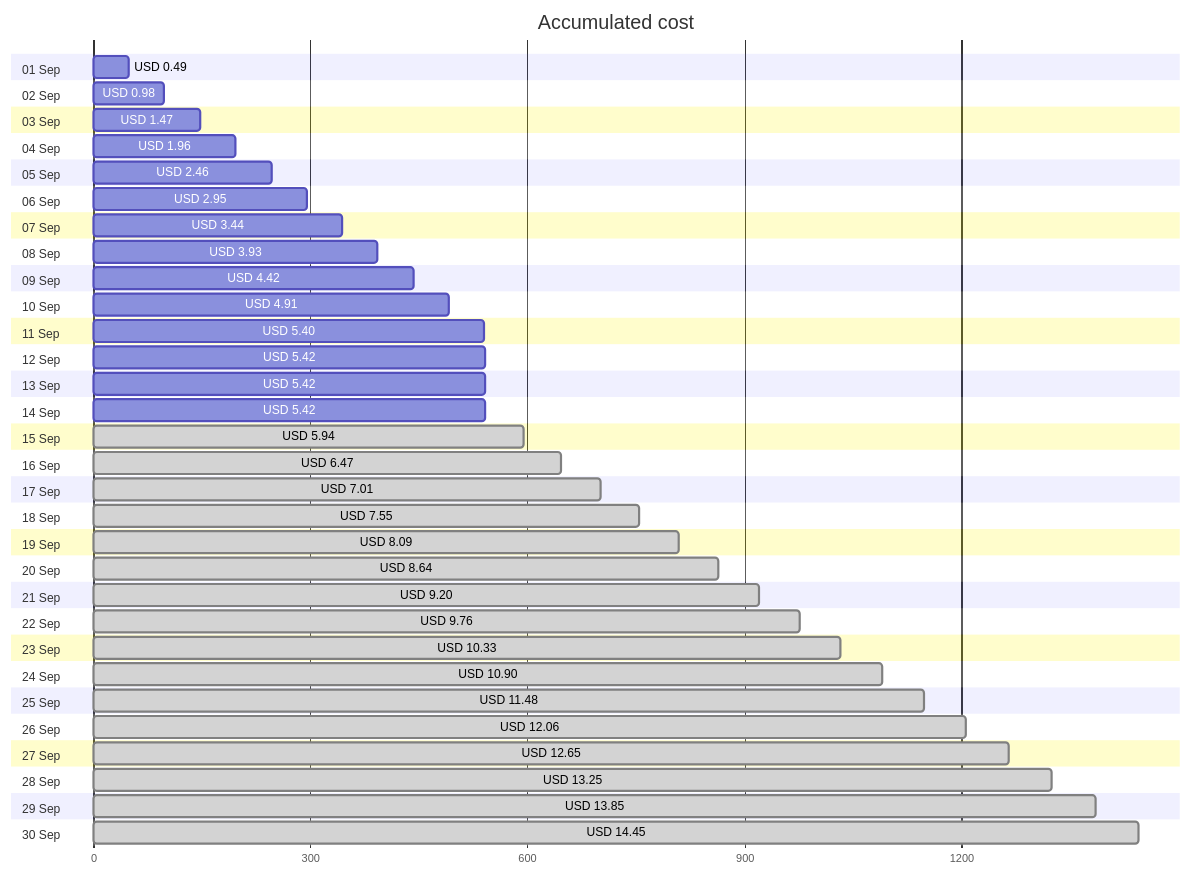
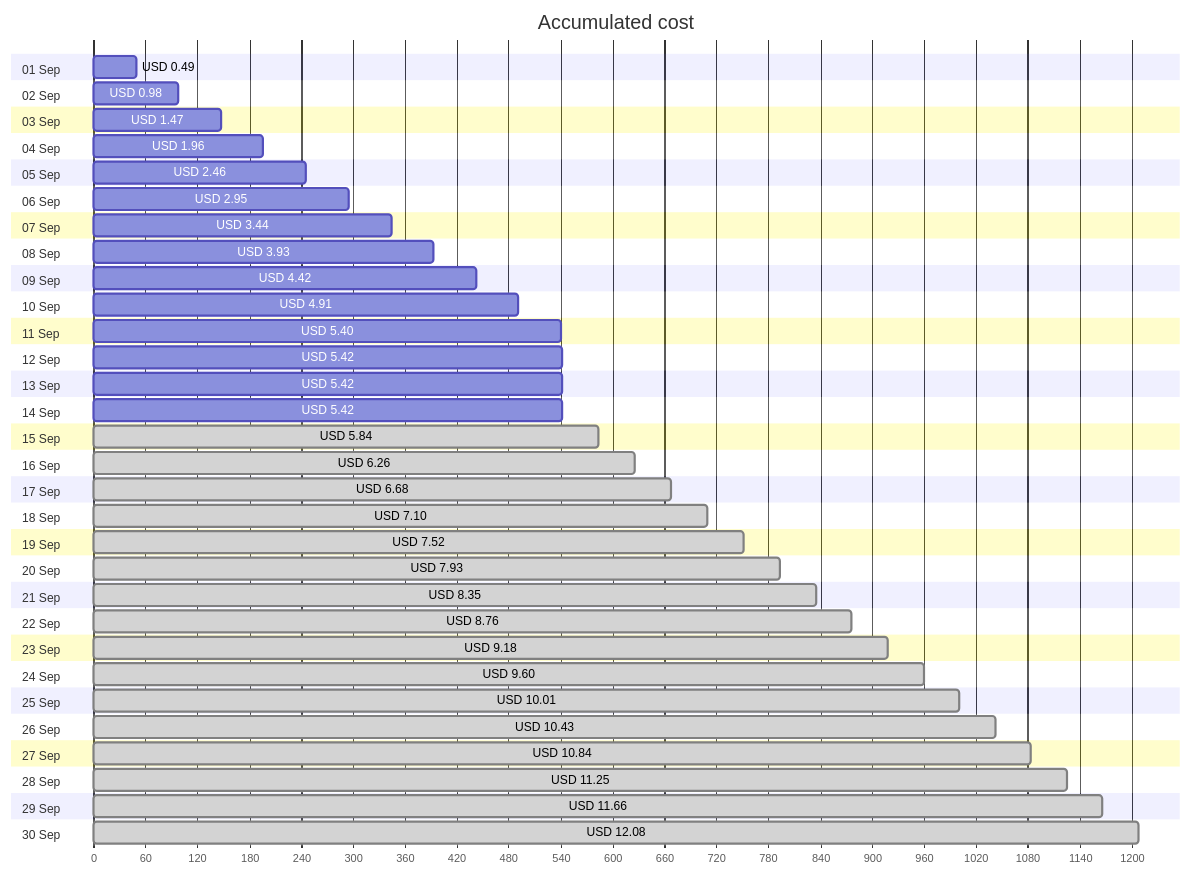
One commit to jpfulton/azure-personal-reports changed the first of 4 diagrams in cost-reports/personal-site/personalsiteapipreview.md. Above: the diagram before and after it, drawn with Mermaid. The commit also changed other lines of this file and 37 other files, not shown here.

````diff
--- a/cost-reports/personal-site/personalsiteapipreview.md
+++ b/cost-reports/personal-site/personalsiteapipreview.md
@@ -20,66 +20,66 @@
 ```mermaid
 gantt
    title Accumulated cost
    dateFormat  X
    axisFormat %s
    section 01 Sep
    USD 0.49 :0, 49
    section 02 Sep
    USD 0.98 :0, 98
    section 03 Sep
    USD 1.47 :0, 147
    section 04 Sep
    USD 1.96 :0, 196
    section 05 Sep
    USD 2.46 :0, 246
    section 06 Sep
    USD 2.95 :0, 295
    section 07 Sep
    USD 3.44 :0, 344
    section 08 Sep
    USD 3.93 :0, 393
    section 09 Sep
    USD 4.42 :0, 442
    section 10 Sep
    USD 4.91 :0, 491
    section 11 Sep
    USD 5.40 :0, 540
    section 12 Sep
    USD 5.42 :0, 542
    section 13 Sep
    USD 5.42 :0, 542
    section 14 Sep
    USD 5.42 :0, 542
    section 15 Sep
-   USD 5.94 : done, 0, 594
+   USD 5.84 : done, 0, 584
    section 16 Sep
-   USD 6.47 : done, 0, 647
+   USD 6.26 : done, 0, 626
    section 17 Sep
-   USD 7.01 : done, 0, 701
+   USD 6.68 : done, 0, 668
    section 18 Sep
-   USD 7.55 : done, 0, 755
+   USD 7.10 : done, 0, 710
    section 19 Sep
-   USD 8.09 : done, 0, 809
+   USD 7.52 : done, 0, 752
    section 20 Sep
-   USD 8.64 : done, 0, 864
+   USD 7.93 : done, 0, 793
    section 21 Sep
-   USD 9.20 : done, 0, 920
+   USD 8.35 : done, 0, 835
    section 22 Sep
-   USD 9.76 : done, 0, 976
+   USD 8.76 : done, 0, 876
    section 23 Sep
-   USD 10.33 : done, 0, 1033
+   USD 9.18 : done, 0, 918
    section 24 Sep
-   USD 10.90 : done, 0, 1090
+   USD 9.60 : done, 0, 960
    section 25 Sep
-   USD 11.48 : done, 0, 1148
+   USD 10.01 : done, 0, 1001
    section 26 Sep
-   USD 12.06 : done, 0, 1206
+   USD 10.43 : done, 0, 1043
    section 27 Sep
-   USD 12.65 : done, 0, 1265
+   USD 10.84 : done, 0, 1084
    section 28 Sep
-   USD 13.25 : done, 0, 1325
+   USD 11.25 : done, 0, 1125
    section 29 Sep
-   USD 13.85 : done, 0, 1385
+   USD 11.66 : done, 0, 1166
    section 30 Sep
-   USD 14.45 : done, 0, 1445
+   USD 12.08 : done, 0, 1208
 ```
````
